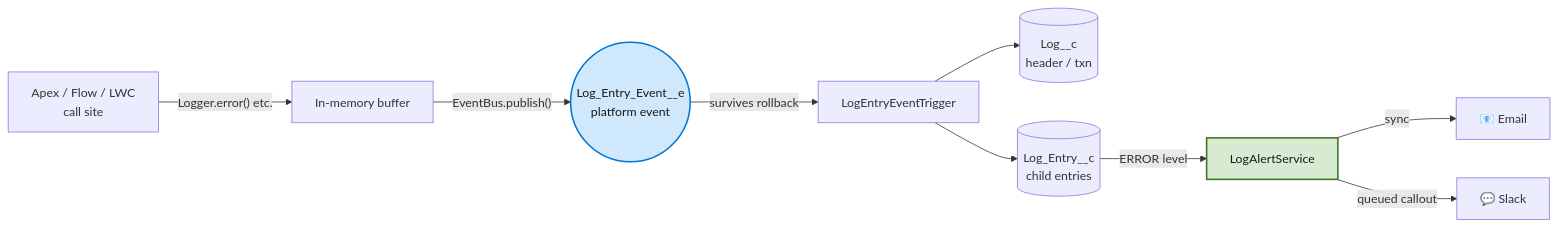
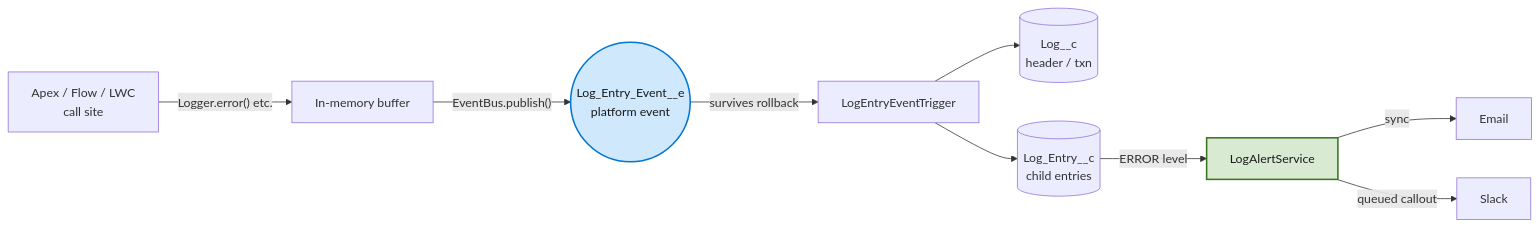
Before and after one commit to rajesh-jayoh/jayoh-logger: the diagram in README.md, drawn with Mermaid. The commit also changed other lines of this file, not shown here.

````diff
--- a/README.md
+++ b/README.md
@@ -25,14 +25,14 @@
 ```mermaid
 flowchart LR
     A["Apex / Flow / LWC\ncall site"] -->|"Logger.error() etc."| B["In-memory buffer"]
     B -->|"EventBus.publish()"| C(("Log_Entry_Event__e\nplatform event"))
     C -->|"survives rollback"| D["LogEntryEventTrigger"]
     D --> E[("Log__c\nheader / txn")]
     D --> F[("Log_Entry__c\nchild entries")]
     F -->|"ERROR level"| G["LogAlertService"]
-    G -->|"sync"| H["📧 Email"]
-    G -->|"queued callout"| I["💬 Slack"]
+    G -->|"sync"| H["Email"]
+    G -->|"queued callout"| I["Slack"]
 
     style C fill:#cfe8fc,stroke:#0176D3,stroke-width:2px,color:#1a1a1a
     style G fill:#d9ead3,stroke:#38761d,stroke-width:2px,color:#1a1a1a
 ```
````
